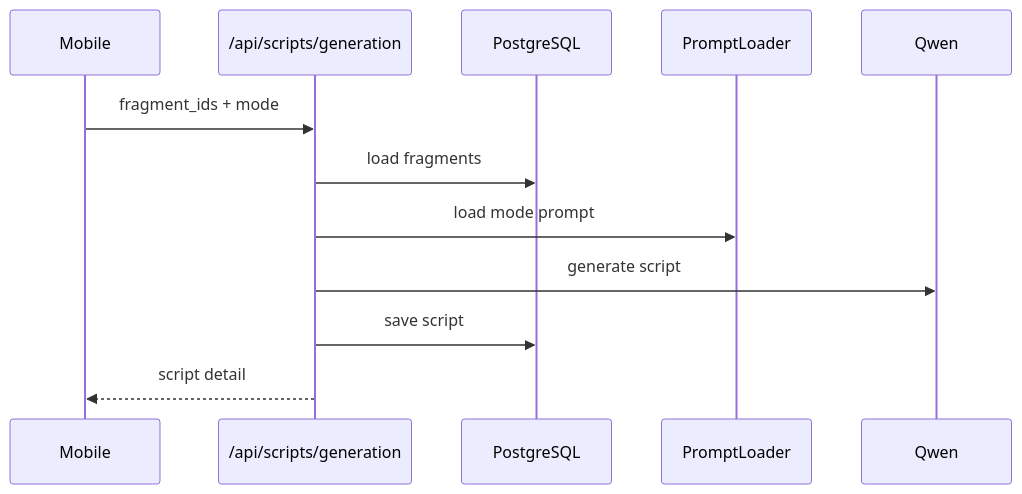
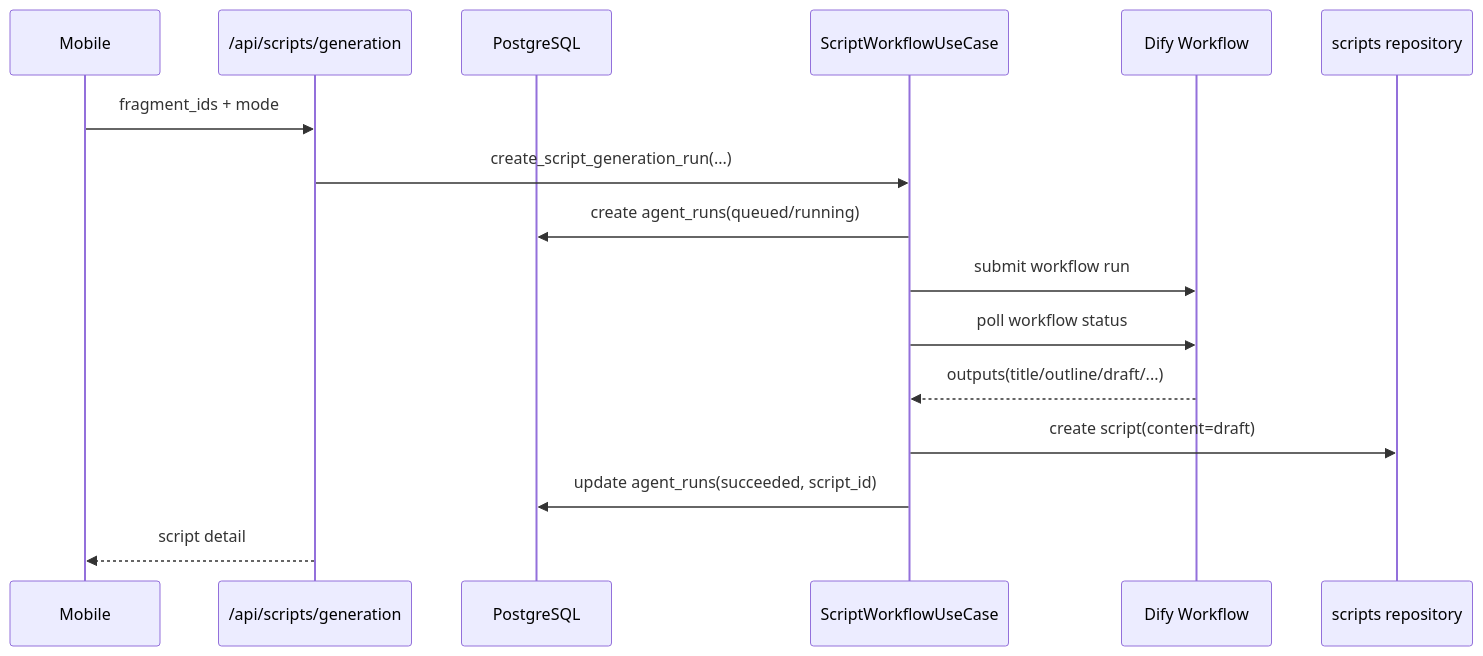
Before and after one commit to YCZA2/SparkFlow: the seventh of 9 diagrams in memory-bank/architecture.md, drawn with Mermaid. The commit also changed other lines of this file and 41 other files, not shown here.

````diff
--- a/memory-bank/architecture.md
+++ b/memory-bank/architecture.md
@@ -328,15 +335,19 @@
 ```mermaid
 sequenceDiagram
     participant App as Mobile
     participant API as /api/scripts/generation
     participant DB as PostgreSQL
-    participant Prompt as PromptLoader
-    participant LLM as Qwen
+    participant AGENT as ScriptWorkflowUseCase
+    participant DIFY as Dify Workflow
+    participant SCRIPT as scripts repository
 
     App->>API: fragment_ids + mode
-    API->>DB: load fragments
-    API->>Prompt: load mode prompt
-    API->>LLM: generate script
-    API->>DB: save script
+    API->>AGENT: create_script_generation_run(...)
+    AGENT->>DB: create agent_runs(queued/running)
+    AGENT->>DIFY: submit workflow run
+    AGENT->>DIFY: poll workflow status
+    DIFY-->>AGENT: outputs(title/outline/draft/...)
+    AGENT->>SCRIPT: create script(content=draft)
+    AGENT->>DB: update agent_runs(succeeded, script_id)
     API-->>App: script detail
 ```
````
